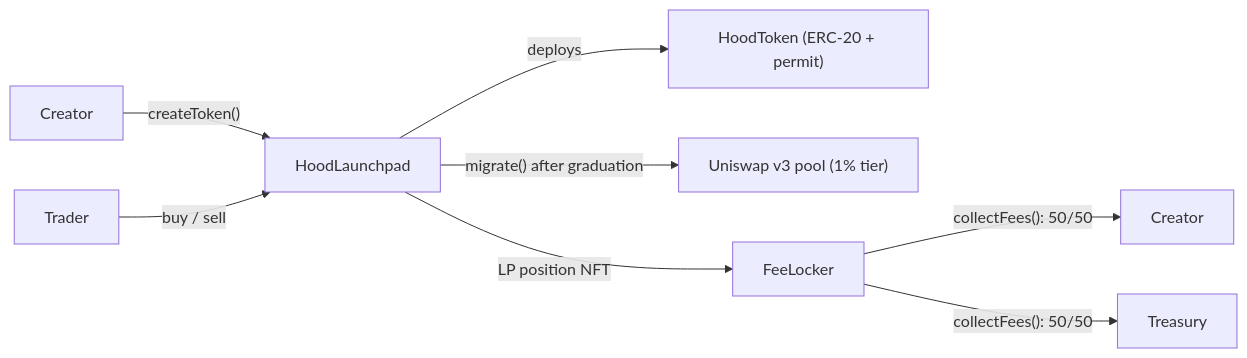
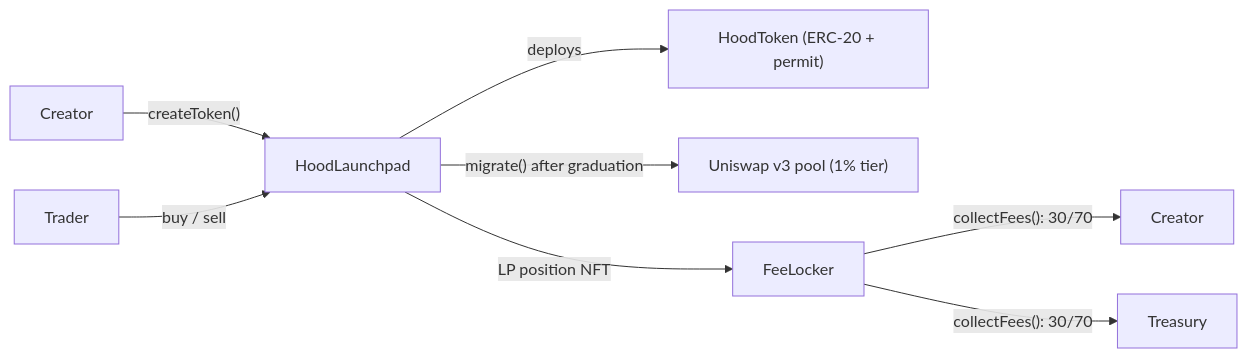
Before and after one commit to 0xAtaraxos/veto-docs: the diagram in developers/overview.mdx, drawn with Mermaid. The commit also changed other lines of this file and 11 other files, not shown here.

````diff
--- a/developers/overview.mdx
+++ b/developers/overview.mdx
@@ -38,9 +38,9 @@
 ```mermaid
 flowchart LR
     Creator -- "createToken()" --> LP[HoodLaunchpad]
     Trader -- "buy / sell" --> LP
     LP -- deploys --> T["HoodToken (ERC-20 + permit)"]
     LP -- "migrate() after graduation" --> UNI["Uniswap v3 pool (1% tier)"]
     LP -- "LP position NFT" --> FL[FeeLocker]
-    FL -- "collectFees(): 50/50" --> Creator2[Creator] & Treasury
+    FL -- "collectFees(): 30/70" --> Creator2[Creator] & Treasury
 ```
````
